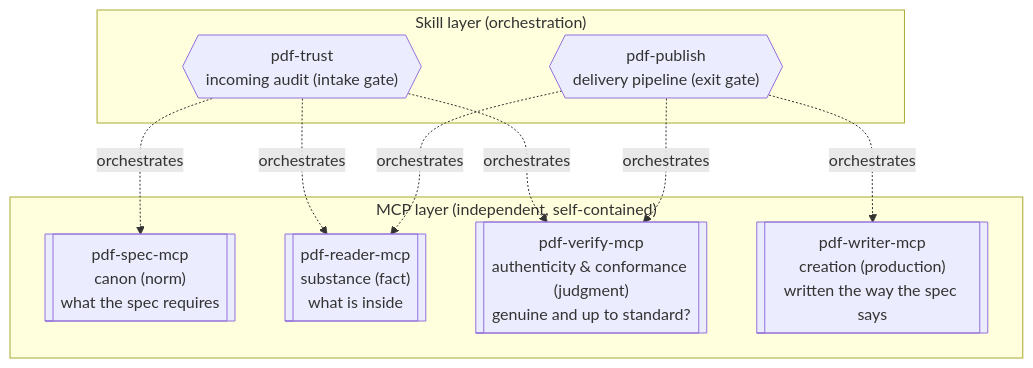
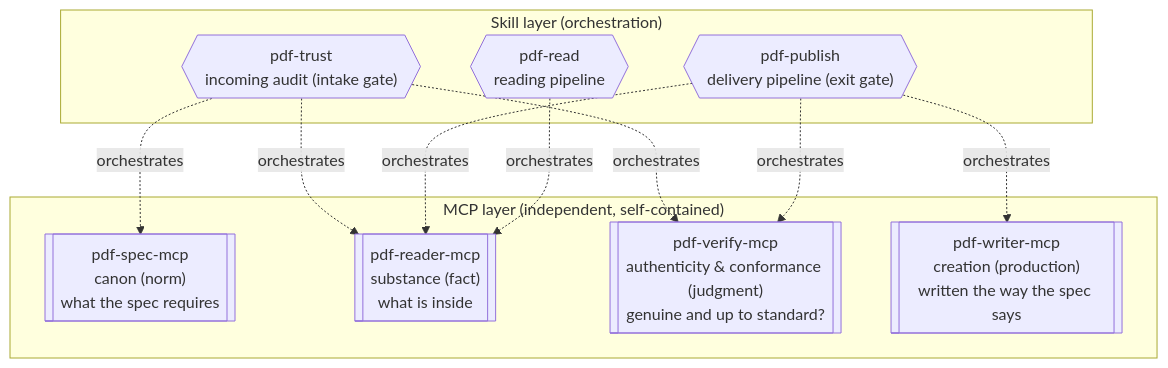
One commit to shuji-bonji/pdf-agent-stack changed the second of 2 diagrams in site/docs/guide/architecture.md. Above: the diagram before and after it, drawn with Mermaid. The commit also changed other lines of this file and 27 other files, not shown here.

````diff
--- a/site/docs/guide/architecture.md
+++ b/site/docs/guide/architecture.md
@@ -47,15 +49,17 @@
 ```mermaid
 graph TB
   subgraph Skills["Skill layer (orchestration)"]
     TRUST{{"pdf-trust<br>incoming audit (intake gate)"}}
     PUBLISH{{"pdf-publish<br>delivery pipeline (exit gate)"}}
+    READ{{"pdf-read<br>reading pipeline"}}
   end
   subgraph MCPs["MCP layer (independent, self-contained)"]
     SPEC[["pdf-spec-mcp<br>canon (norm)<br>what the spec requires"]]
     READER[["pdf-reader-mcp<br>substance (fact)<br>what is inside"]]
     VERIFY[["pdf-verify-mcp<br>authenticity & conformance (judgment)<br>genuine and up to standard?"]]
     WRITER[["pdf-writer-mcp<br>creation (production)<br>written the way the spec says"]]
   end
   TRUST -.->|orchestrates| VERIFY & READER & SPEC
   PUBLISH -.->|orchestrates| WRITER & READER & VERIFY
+  READ -.->|orchestrates| READER
 ```
````
